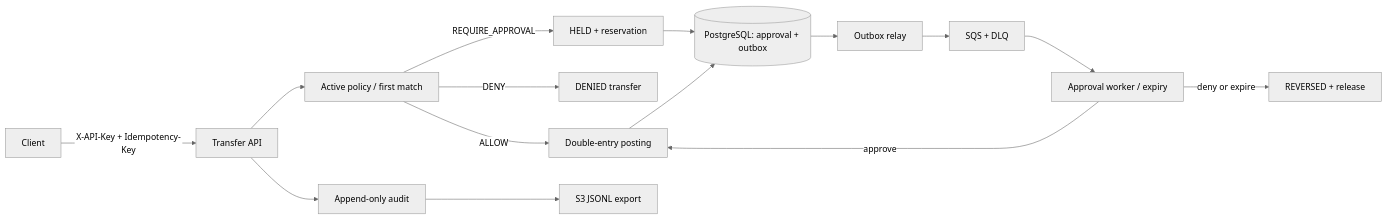
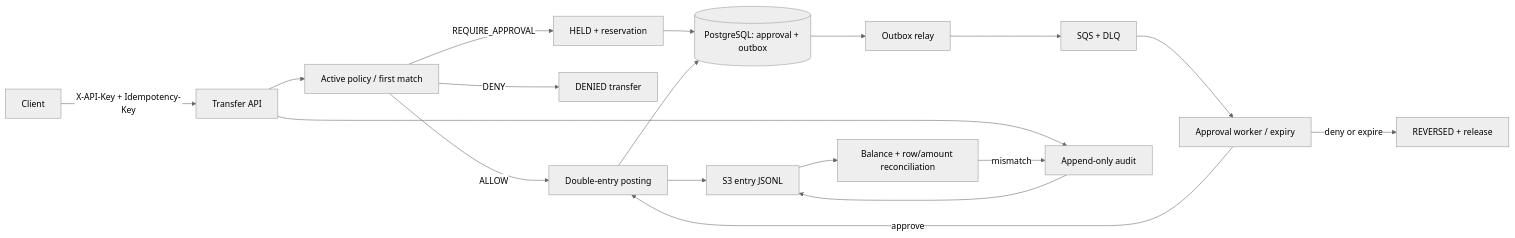
Before and after one commit to Aly700/teller: the diagram in README.md, drawn with Mermaid (neutral theme). The commit also changed other lines of this file and 67 other files, not shown here.

Commit message:
simulation: money invariants under fault injection (found deposits without entries); reconciliation and export; reconciliation job proxyable

````diff
--- a/README.md
+++ b/README.md
@@ -15,17 +15,20 @@
 ```mermaid
 flowchart LR
     Client -->|X-API-Key + Idempotency-Key| API[Transfer API]
     API --> Gate[Active policy / first match]
     Gate -->|ALLOW| Ledger[Double-entry posting]
     Gate -->|DENY| Denied[DENIED transfer]
     Gate -->|REQUIRE_APPROVAL| Hold[HELD + reservation]
     Hold --> DB[(PostgreSQL: approval + outbox)]
     DB --> Relay[Outbox relay]
     Relay --> SQS[SQS + DLQ]
     SQS --> Approval[Approval worker / expiry]
     Approval -->|approve| Ledger
     Approval -->|deny or expire| Released[REVERSED + release]
     Ledger --> DB
     API --> Audit[Append-only audit]
-    Audit --> S3[S3 JSONL export]
+    Ledger --> Export[S3 entry JSONL]
+    Audit --> Export
+    Export --> Reconcile[Balance + row/amount reconciliation]
+    Reconcile -->|mismatch| Audit
 ```
````
